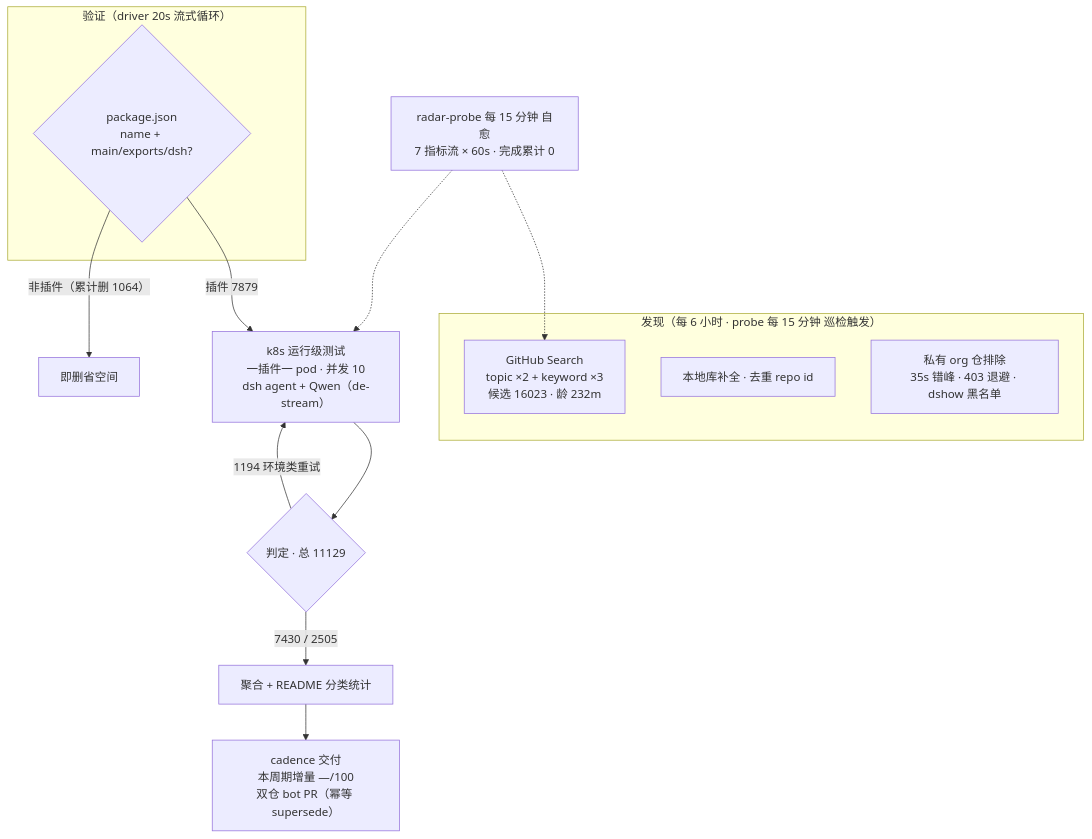
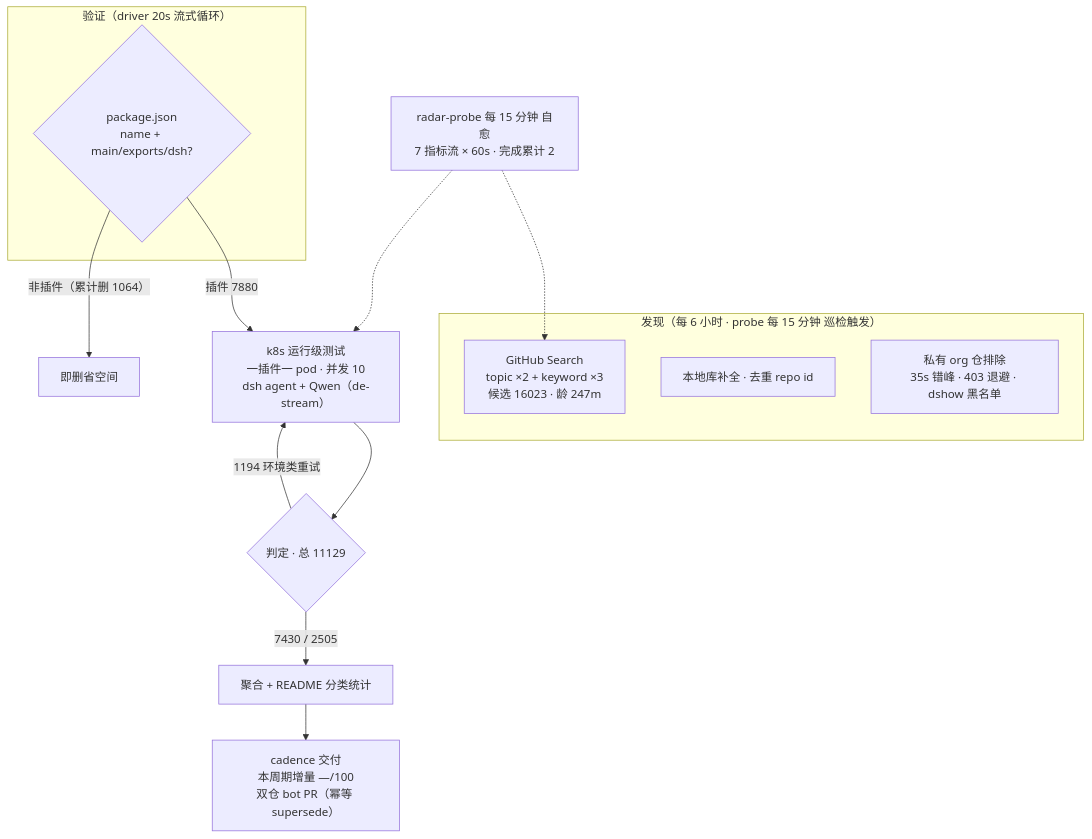
The diagram in README.md (AdamPlatin123/awesome-dsh-plugins), drawn with Mermaid before and after one commit. The commit also changed other lines of this file and 4 other files, not shown here.

````diff
--- a/README.md
+++ b/README.md
@@ -52,20 +52,20 @@
 ```mermaid
 flowchart TB
     subgraph Discovery["发现（每 6 小时 · probe 每 15 分钟 巡检触发）"]
-        A1["GitHub Search<br/>topic ×2 + keyword ×3<br/>候选 16023 · 龄 232m"]
+        A1["GitHub Search<br/>topic ×2 + keyword ×3<br/>候选 16023 · 龄 247m"]
         A2["本地库补全 · 去重 repo id"]
         A3["私有 org 仓排除<br/>35s 错峰 · 403 退避 · dshow 黑名单"]
     end
     subgraph Validation["验证（driver 20s 流式循环）"]
         B1{"package.json<br/>name + main/exports/dsh?"}
     end
-    B1 -->|"插件 7879"| C1["k8s 运行级测试<br/>一插件一 pod · 并发 10<br/>dsh agent + Qwen（de-stream）"]
+    B1 -->|"插件 7880"| C1["k8s 运行级测试<br/>一插件一 pod · 并发 10<br/>dsh agent + Qwen（de-stream）"]
     B1 -->|"非插件（累计删 1064）"| B3["即删省空间"]
     C1 --> D1{"判定 · 总 11129"}
     D1 -->|"7430 / 2505"| E1["聚合 + README 分类统计"]
     D1 -->|"1194 环境类重试"| C1
     E1 --> E2["cadence 交付<br/>本周期增量 —/100<br/>双仓 bot PR（幂等 supersede）"]
-    M["radar-probe 每 15 分钟 自愈<br/>7 指标流 × 60s · 完成累计 0"]
+    M["radar-probe 每 15 分钟 自愈<br/>7 指标流 × 60s · 完成累计 2"]
     M -.-> A1
     M -.-> C1
 ```
````
